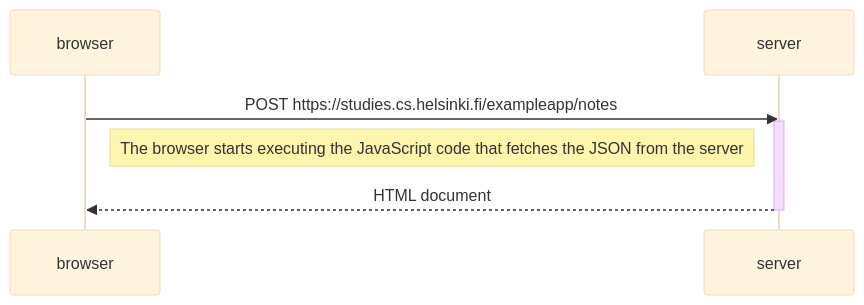
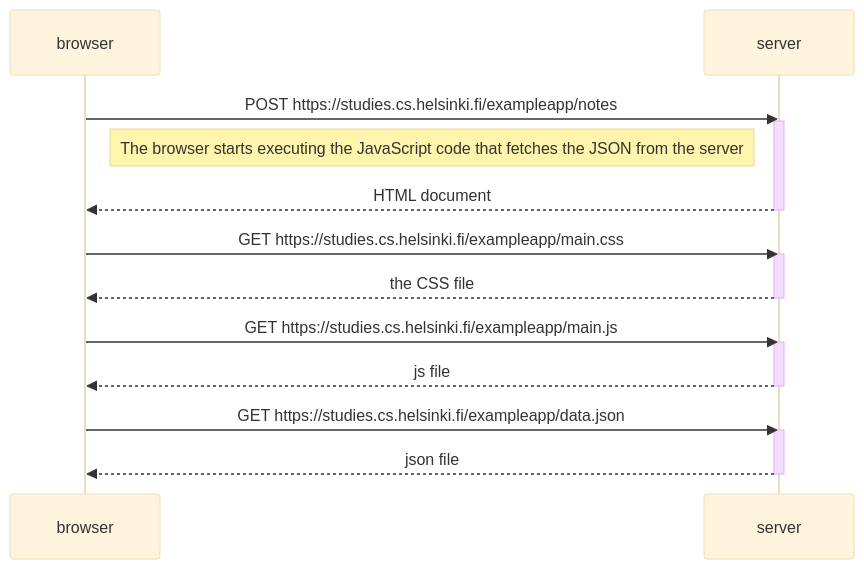
One commit to LeoKay-J/FullStackOpen changed the diagram in 0.5.md. Above: the diagram before and after it, drawn with Mermaid (base theme).

````diff
--- a/0.5.md
+++ b/0.5.md
@@ -1,15 +1,30 @@
 ```mermaid
 sequenceDiagram
     participant browser
     participant server
 
 
     browser->>server: POST https://studies.cs.helsinki.fi/exampleapp/notes
     activate server
     Note left of server: The browser starts executing the JavaScript code that fetches the JSON from the server
     server-->>browser: HTML document
     deactivate server
 
 
+    browser->>server: GET https://studies.cs.helsinki.fi/exampleapp/main.css
+    activate server
+    server-->>browser: the CSS file
+    deactivate server
 
+
+    browser->>server: GET https://studies.cs.helsinki.fi/exampleapp/main.js
+    activate server
+    server-->>browser: js file
+    deactivate server
+
+
+    browser->>server: GET https://studies.cs.helsinki.fi/exampleapp/data.json
+    activate server
+    server-->>browser: json file
+    deactivate server
 ```
````
